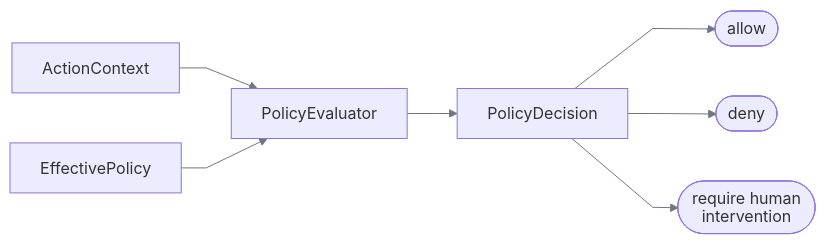
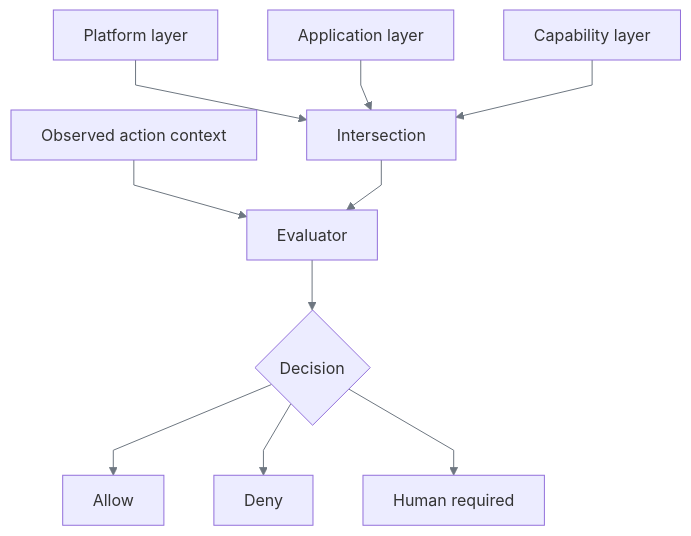
One commit to SivaTSS/replay-forge changed the fifth of 7 diagrams in docs/data-models.md. Above: the diagram before and after it, drawn with Mermaid. The commit also changed other lines of this file and 3 other files, not shown here.

````diff
--- a/docs/data-models.md
+++ b/docs/data-models.md
@@ -190,11 +126,13 @@
 ```mermaid
 %%{init: {"htmlLabels":false,"themeVariables":{"lineColor":"#6E7781","signalColor":"#6E7781"},"flowchart":{"curve":"linear"},"sequence":{"wrap":true}}}%%
-flowchart LR
-    C[ActionContext] --> E[PolicyEvaluator]
-    L[EffectivePolicy] --> E
-    E --> D[PolicyDecision]
-    D --> A([allow])
-    D --> N([deny])
-    D --> H([require human intervention])
-
+flowchart TB
+    L1[Platform layer] --> I[Intersection]
+    L2[Application layer] --> I
+    L3[Capability layer] --> I
+    C[Observed action context] --> E[Evaluator]
+    I --> E
+    E --> D{Decision}
+    D --> AL[Allow]
+    D --> DN[Deny]
+    D --> HU[Human required]
 ```
````
